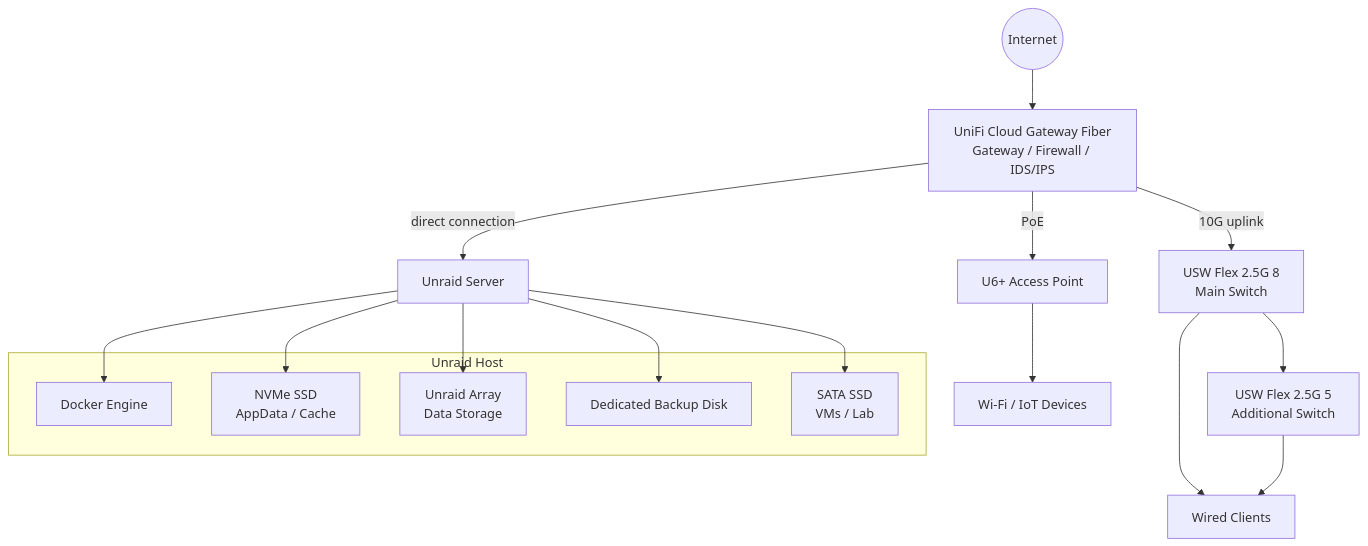
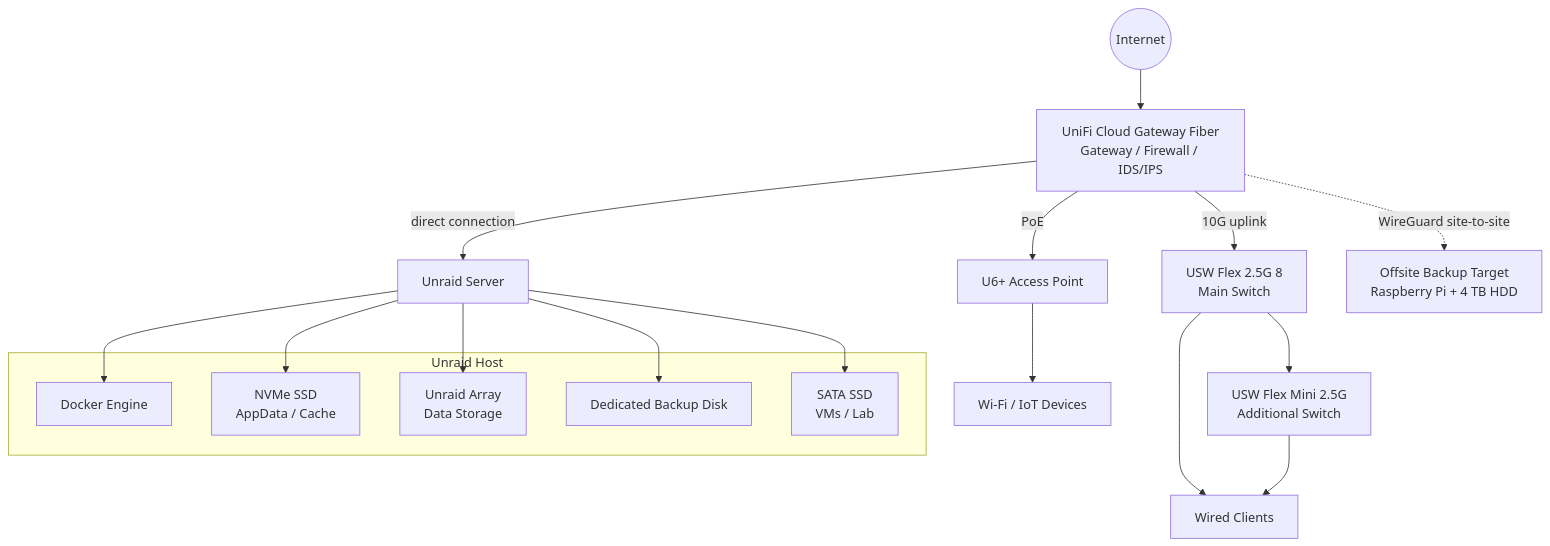
Before and after one commit to ThomasMann2001/HeimServer-Projekt: the diagram in docs/architecture.md, drawn with Mermaid. The commit also changed other lines of this file, not shown here.

Commit message:
Update architecture documentation for clarity and detail

````diff
--- a/docs/architecture.md
+++ b/docs/architecture.md
@@ -29,34 +30,36 @@
 ```mermaid
 flowchart TD
     Internet((Internet))
     UCG["UniFi Cloud Gateway Fiber<br/>Gateway / Firewall / IDS/IPS"]
     Flex8["USW Flex 2.5G 8<br/>Main Switch"]
-    Flex5["USW Flex 2.5G 5<br/>Additional Switch"]
+    FlexMini["USW Flex Mini 2.5G<br/>Additional Switch"]
     AP["U6+ Access Point"]
     Unraid["Unraid Server"]
     WiredClients["Wired Clients"]
     WiFiClients["Wi-Fi / IoT Devices"]
+    Offsite["Offsite Backup Target<br/>Raspberry Pi + 4 TB HDD"]
 
     Internet --> UCG
     UCG -->|"direct connection"| Unraid
     UCG -->|"10G uplink"| Flex8
     UCG -->|"PoE"| AP
-    Flex8 --> Flex5
+    Flex8 --> FlexMini
     Flex8 --> WiredClients
-    Flex5 --> WiredClients
+    FlexMini --> WiredClients
     AP --> WiFiClients
+    UCG -.->|"WireGuard site-to-site"| Offsite
 
     subgraph UnraidHost["Unraid Host"]
         Docker["Docker Engine"]
         Cache["NVMe SSD<br/>AppData / Cache"]
         ArrayStorage["Unraid Array<br/>Data Storage"]
         BackupDisk["Dedicated Backup Disk"]
         LabSSD["SATA SSD<br/>VMs / Lab"]
     end
 
     Unraid --> Docker
     Unraid --> Cache
     Unraid --> ArrayStorage
     Unraid --> BackupDisk
     Unraid --> LabSSD
 ```
````
